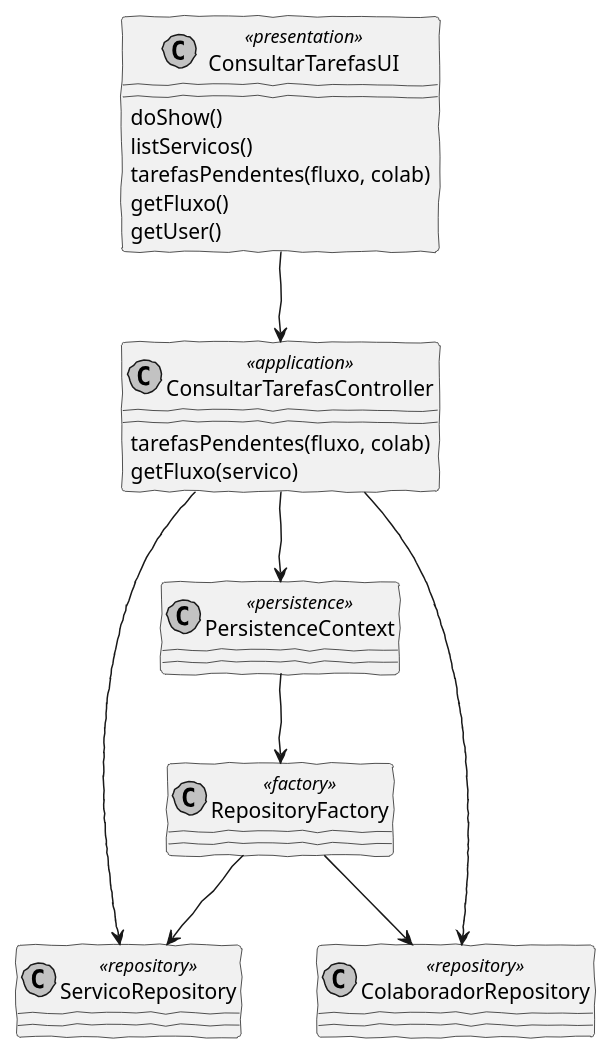
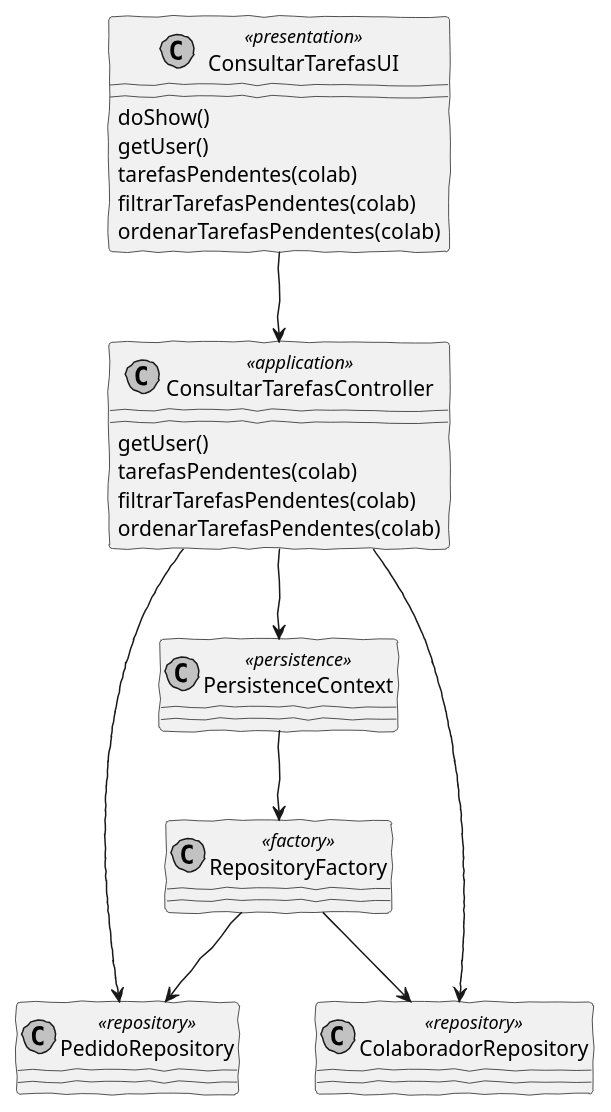
The diagram in docs/Sprint C/1190769/US3021/CD.puml (pedrolemos4/LAPR4), drawn with PlantUML before and after one commit. The commit also changed 4 other files, not shown here.

```diff
--- a/docs/Sprint C/1190769/US3021/CD.puml
+++ b/docs/Sprint C/1190769/US3021/CD.puml
@@ -1,35 +1,37 @@
 @startuml
 'http://plantuml.com/skinparam.html
 skinparam handwritten true
 skinparam monochrome true
 skinparam packageStyle rect
 skinparam defaultFontName FG Virgil
 skinparam shadowing false
 
 class ConsultarTarefasUI <<presentation>>
 class ConsultarTarefasController <<application>>
 class PersistenceContext <<persistence>>
 class RepositoryFactory <<factory>>
-class ServicoRepository <<repository>>
+class PedidoRepository <<repository>>
 class ColaboradorRepository <<repository>>
 
 
 ConsultarTarefasUI --> ConsultarTarefasController
 ConsultarTarefasUI : doShow()
-ConsultarTarefasUI : listServicos()
-ConsultarTarefasUI : tarefasPendentes(fluxo, colab)
-ConsultarTarefasUI : getFluxo()
 ConsultarTarefasUI : getUser()
+ConsultarTarefasUI : tarefasPendentes(colab)
+ConsultarTarefasUI : filtrarTarefasPendentes(colab)
+ConsultarTarefasUI : ordenarTarefasPendentes(colab)
 
-ConsultarTarefasController : tarefasPendentes(fluxo, colab)
-ConsultarTarefasController : getFluxo(servico)
+ConsultarTarefasController : getUser()
+ConsultarTarefasController : tarefasPendentes(colab)
+ConsultarTarefasController : filtrarTarefasPendentes(colab)
+ConsultarTarefasController : ordenarTarefasPendentes(colab)
 
-ConsultarTarefasController --> ServicoRepository
+ConsultarTarefasController --> PedidoRepository
 ConsultarTarefasController --> ColaboradorRepository
 ConsultarTarefasController --> PersistenceContext
 PersistenceContext --> RepositoryFactory
 
-RepositoryFactory --> ServicoRepository
+RepositoryFactory --> PedidoRepository
 RepositoryFactory --> ColaboradorRepository
 
 @enduml
```
